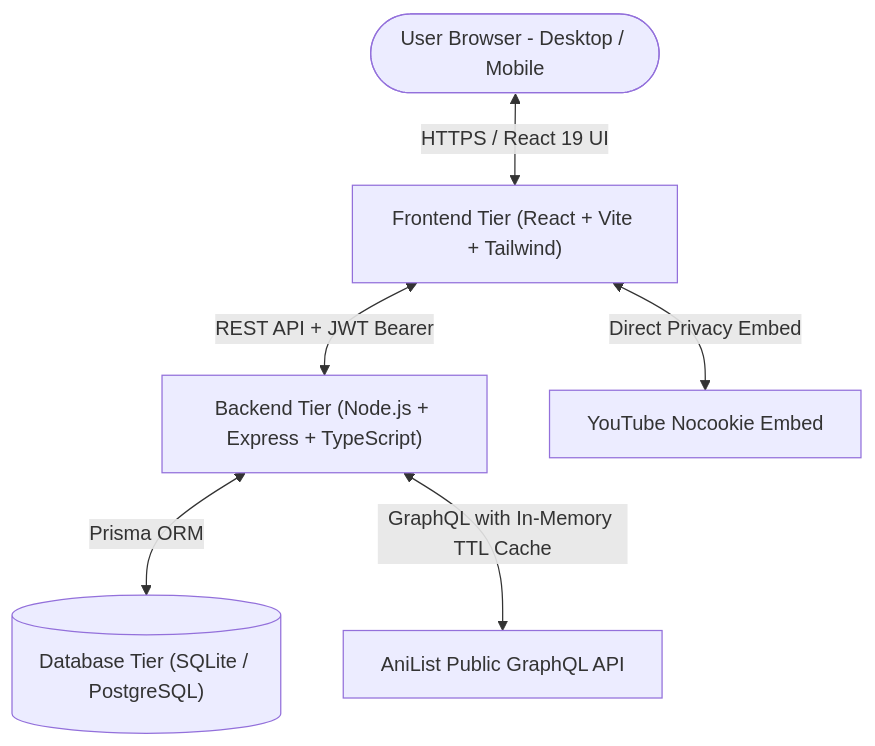
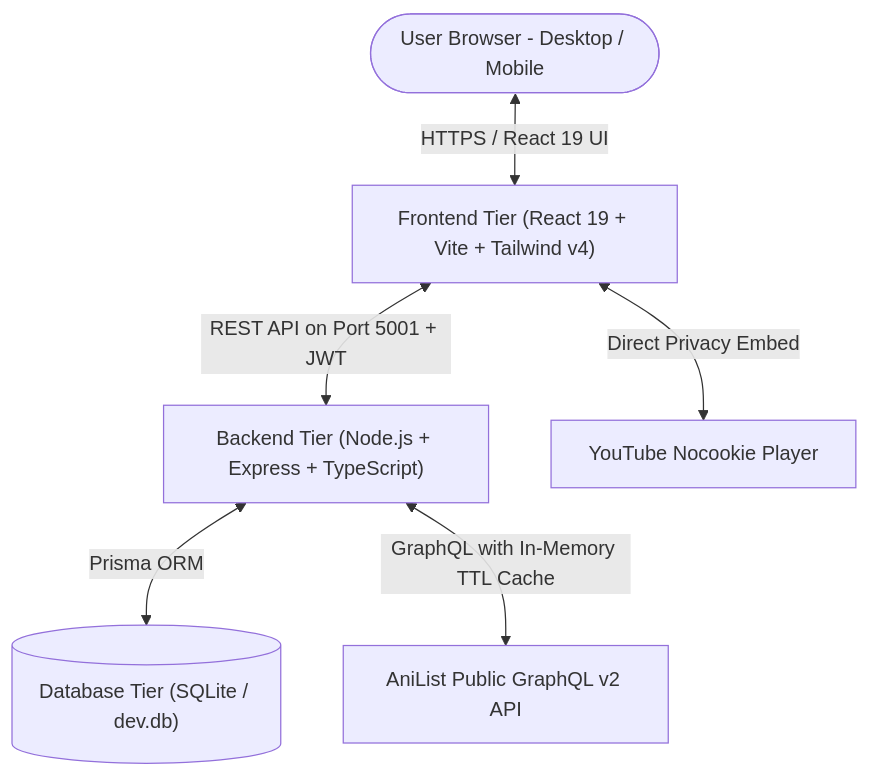
One commit to PurohitBhagyesh/anime-watch-recommendation changed the diagram in README.md. Above: the diagram before and after it, drawn with Mermaid. The commit also changed other lines of this file and 63 other files, not shown here.

````diff
--- a/README.md
+++ b/README.md
@@ -28,8 +39,8 @@
 ```mermaid
 graph TD
-    User([User Browser - Desktop / Mobile]) <-->|HTTPS / React 19 UI| Frontend["Frontend Tier (React + Vite + Tailwind)"]
-    Frontend <-->|REST API + JWT Bearer| Backend["Backend Tier (Node.js + Express + TypeScript)"]
-    Backend <-->|Prisma ORM| Database[("Database Tier (SQLite / PostgreSQL)")]
-    Backend <-->|GraphQL with In-Memory TTL Cache| AniList["AniList Public GraphQL API"]
-    Frontend <-->|Direct Privacy Embed| YouTube["YouTube Nocookie Embed"]
+    User([User Browser - Desktop / Mobile]) <-->|HTTPS / React 19 UI| Frontend["Frontend Tier (React 19 + Vite + Tailwind v4)"]
+    Frontend <-->|REST API on Port 5001 + JWT| Backend["Backend Tier (Node.js + Express + TypeScript)"]
+    Backend <-->|Prisma ORM| Database[("Database Tier (SQLite / dev.db)")]
+    Backend <-->|GraphQL with In-Memory TTL Cache| AniList["AniList Public GraphQL v2 API"]
+    Frontend <-->|Direct Privacy Embed| YouTube["YouTube Nocookie Player"]
 ```
````
